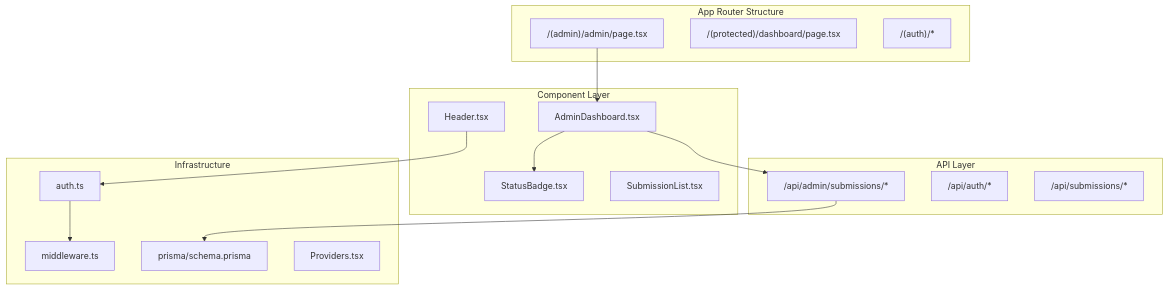
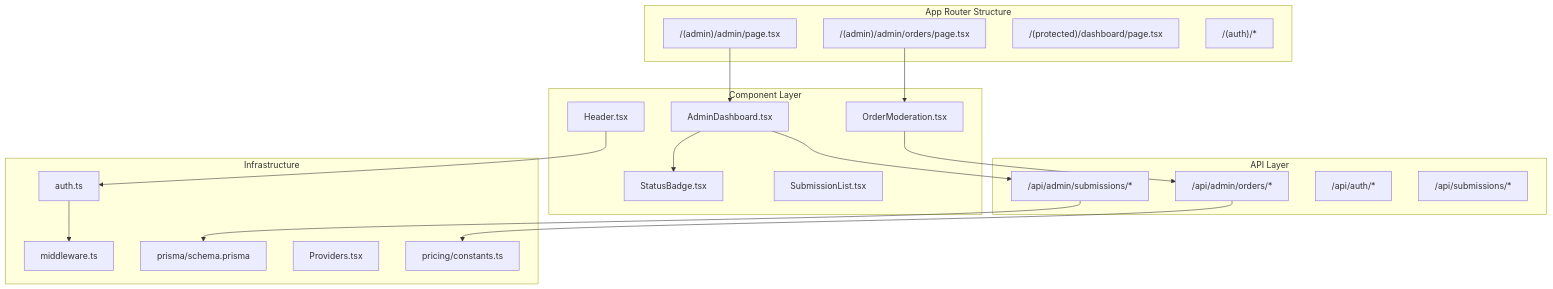
Before and after one commit to Crowdspender/titchybooks-app: the first of 7 diagrams in .qoder/repowiki/en/content/Administrative Features/Admin Dashboard Interface.md, drawn with Mermaid. The commit also changed other lines of this file and 74 other files, not shown here.

````diff
--- a/.qoder/repowiki/en/content/Administrative Features/Admin Dashboard Interface.md
+++ b/.qoder/repowiki/en/content/Administrative Features/Admin Dashboard Interface.md
@@ -40,31 +55,38 @@
 ```mermaid
 graph TB
 subgraph "App Router Structure"
 AdminRoute["/(admin)/admin/page.tsx"]
+OrdersRoute["/(admin)/admin/orders/page.tsx"]
 ProtectedRoute["/(protected)/dashboard/page.tsx"]
 AuthRoutes["/(auth)/*"]
 end
 subgraph "Component Layer"
 AdminDashboard["AdminDashboard.tsx"]
+OrderModeration["OrderModeration.tsx"]
 Header["Header.tsx"]
 StatusBadge["StatusBadge.tsx"]
 SubmissionList["SubmissionList.tsx"]
 end
 subgraph "API Layer"
 AdminAPI["/api/admin/submissions/*"]
+OrdersAPI["/api/admin/orders/*"]
 AuthAPI["/api/auth/*"]
 SubmissionAPI["/api/submissions/*"]
 end
 subgraph "Infrastructure"
 AuthConfig["auth.ts"]
 Middleware["middleware.ts"]
 Prisma["prisma/schema.prisma"]
 Providers["Providers.tsx"]
+PricingConstants["pricing/constants.ts"]
 end
 AdminRoute --> AdminDashboard
+OrdersRoute --> OrderModeration
 AdminDashboard --> AdminAPI
+OrderModeration --> OrdersAPI
 AdminDashboard --> StatusBadge
 Header --> AuthConfig
 AuthConfig --> Middleware
 AdminAPI --> Prisma
+OrdersAPI --> PricingConstants
 ```
````
